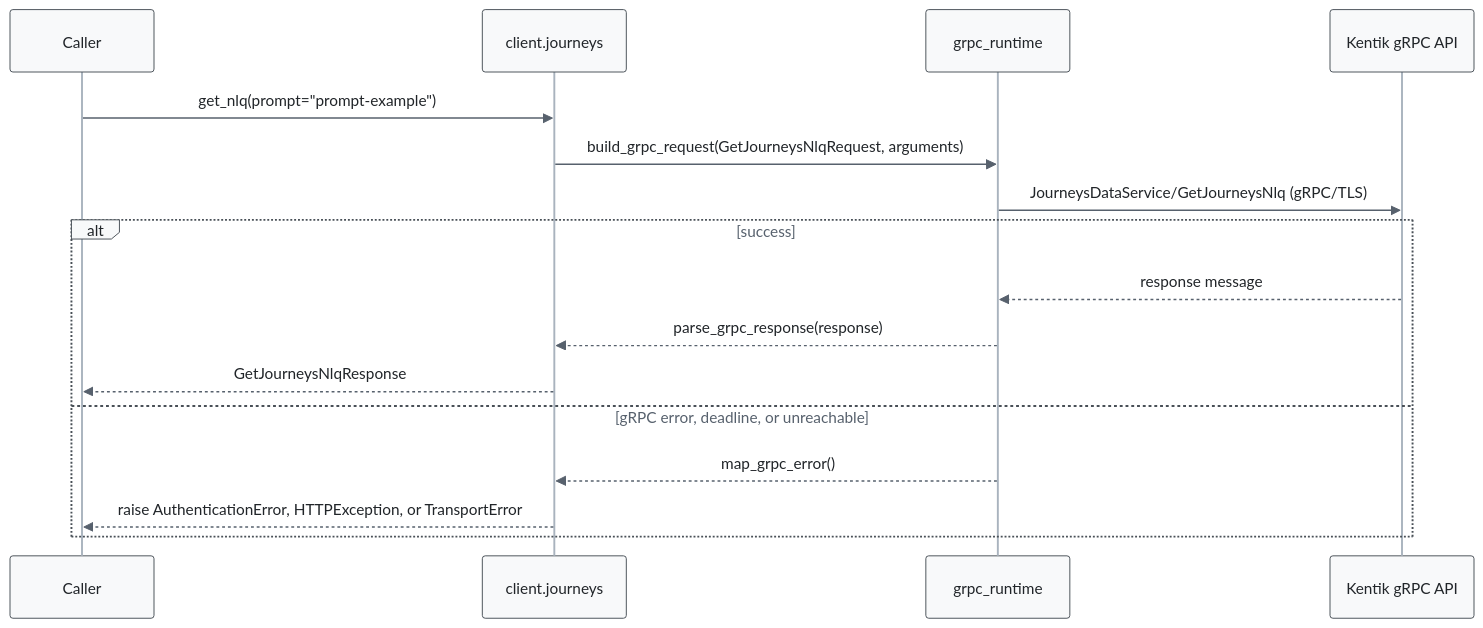
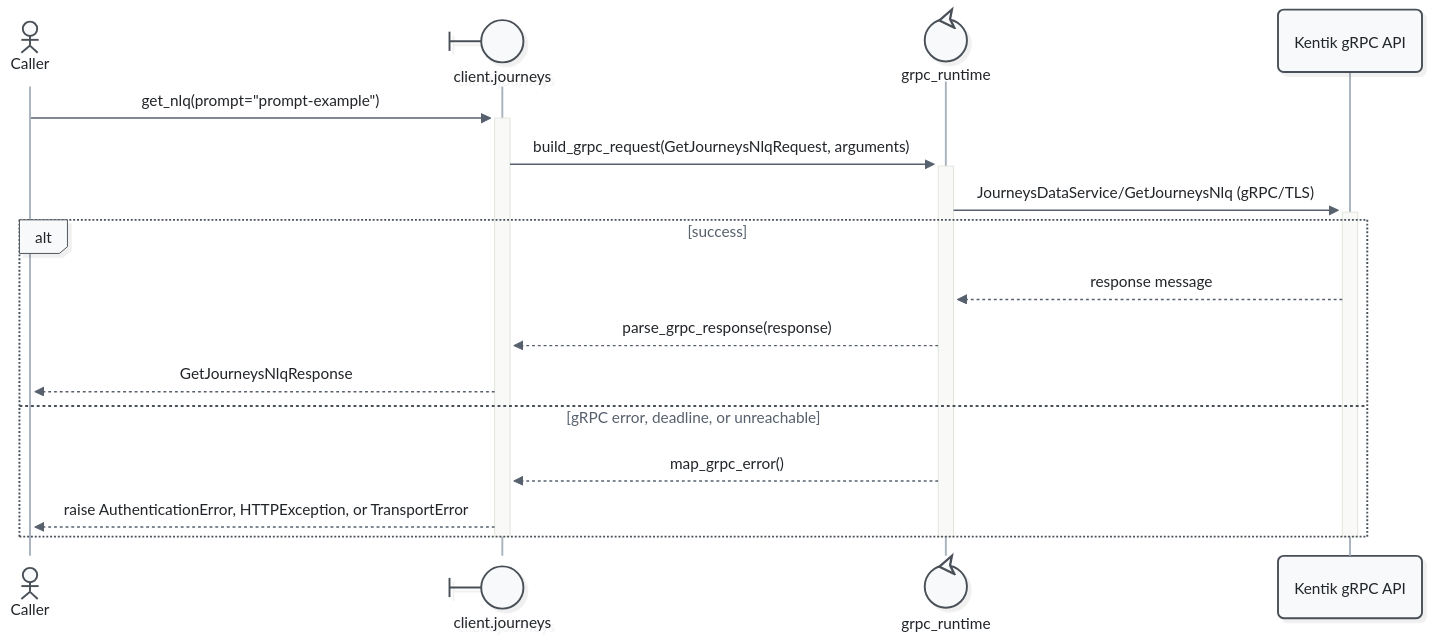
The second of 3 diagrams in docs/sphinx/services/journeys.md (alexdearaujo/community_sdk_python), drawn with Mermaid before and after one commit. The commit also changed other lines of this file and 52 other files, not shown here.

First line of the commit message:
docs: Mermaid 12 sequence diagrams with participant types and path colors

````diff
--- a/docs/sphinx/services/journeys.md
+++ b/docs/sphinx/services/journeys.md
@@ -55,20 +57,23 @@
 ```mermaid
-%%{init: {"theme": "base", "fontFamily": "ui-monospace, SFMono-Regular, Menlo, monospace", "themeVariables": {"fontFamily": "ui-monospace, SFMono-Regular, Menlo, monospace", "primaryColor": "#f8f9fa", "primaryBorderColor": "#495057", "primaryTextColor": "#212529", "textColor": "#212529", "lineColor": "#77818c", "edgeLabelBackground": "#ffffff", "actorBkg": "#f8f9fa", "actorBorder": "#495057", "actorTextColor": "#212529", "actorLineColor": "#a9b3be", "signalColor": "#57616d", "signalTextColor": "#212529", "labelBoxBkgColor": "#f8f9fa", "labelBoxBorderColor": "#495057", "labelTextColor": "#212529", "loopTextColor": "#57616d", "noteBkgColor": "#fff9db", "noteBorderColor": "#f08c00", "noteTextColor": "#a35a00"}, "flowchart": {"curve": "step", "nodeSpacing": 30, "rankSpacing": 70, "wrappingWidth": 400}}}%%
+%%{init: {"theme": "redux", "look": "neo", "layout": "dagre", "fontFamily": "ui-monospace, SFMono-Regular, Menlo, monospace", "themeVariables": {"fontFamily": "ui-monospace, SFMono-Regular, Menlo, monospace", "primaryColor": "#f8f9fa", "primaryBorderColor": "#495057", "primaryTextColor": "#212529", "textColor": "#212529", "lineColor": "#77818c", "edgeLabelBackground": "#ffffff", "actorBkg": "#f8f9fa", "actorBorder": "#495057", "actorTextColor": "#212529", "actorLineColor": "#a9b3be", "signalColor": "#57616d", "signalTextColor": "#212529", "labelBoxBkgColor": "#f8f9fa", "labelBoxBorderColor": "#495057", "labelTextColor": "#212529", "loopTextColor": "#57616d", "noteBkgColor": "#fff9db", "noteBorderColor": "#f08c00", "noteTextColor": "#a35a00"}, "sequence": {"activationWidth": 16}, "flowchart": {"curve": "step", "nodeSpacing": 30, "rankSpacing": 70, "wrappingWidth": 400}}}%%
 sequenceDiagram
-    participant C as Caller
-    participant W as client.journeys
-    participant R as grpc_runtime
+    actor C as Caller
+    participant W@{ "type": "boundary" } as client.journeys
+    participant R@{ "type": "control" } as grpc_runtime
     participant API as Kentik gRPC API
 
-    C->>W: get_nlq(prompt="prompt-example")
-    W->>R: build_grpc_request(GetJourneysNlqRequest, arguments)
-    R->>API: JourneysDataService/GetJourneysNlq (gRPC/TLS)
+    C->>+W: get_nlq(prompt="prompt-example")
+    W->>+R: build_grpc_request(GetJourneysNlqRequest, arguments)
+    R->>+API: JourneysDataService/GetJourneysNlq (gRPC/TLS)
     alt success
         API-->>R: response message
         R-->>W: parse_grpc_response(response)
         W-->>C: GetJourneysNlqResponse
     else gRPC error, deadline, or unreachable
         R-->>W: map_grpc_error()
         W-->>C: raise AuthenticationError, HTTPException, or TransportError
     end
+    deactivate API
+    deactivate R
+    deactivate W
 ```
````
